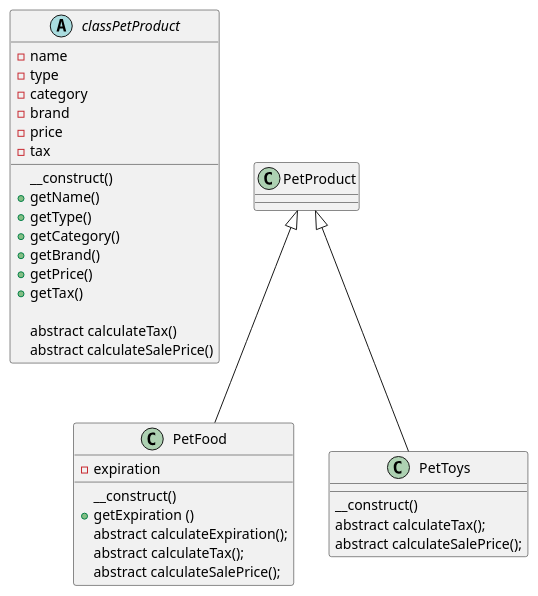
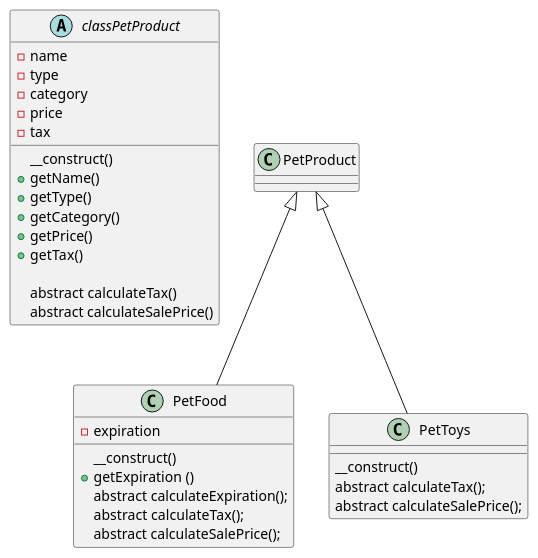
One commit to aysegulaksu/block3-adv-web changed the diagram in project-1/tables.puml. Above: the diagram before and after it, drawn with PlantUML. The commit also changed 1 other file, not shown here.

```diff
--- a/project-1/tables.puml
+++ b/project-1/tables.puml
@@ -2,42 +2,39 @@
 @startuml
 
 abstract classPetProduct {
   -name
   -type
   -category
-  -brand
   -price
   -tax
 
   __construct()
   +getName()
   +getType()
   +getCategory()
-  +getBrand()
   +getPrice()
   +getTax()
   
   abstract calculateTax()
   abstract calculateSalePrice()
 }
 
 class PetFood extends PetProduct {
 
   -expiration
 __construct()
 +getExpiration ()
  abstract calculateExpiration();
  abstract calculateTax();
  abstract calculateSalePrice();
 }
 
 class PetToys extends PetProduct {
-  
     __construct()
  abstract calculateTax();
  abstract calculateSalePrice();
 
 }
 
 
 @enduml
```
